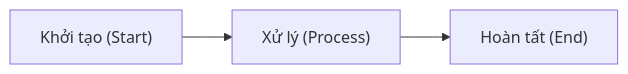
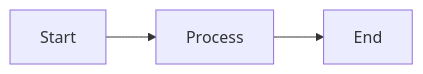
Before and after one commit to Hoang-Dang01/Master-Documentation-System: the diagram in mds-core/standards/base_template_guide.md, drawn with Mermaid. The commit also changed other lines of this file and 19 other files, not shown here.

````diff
--- a/mds-core/standards/base_template_guide.md
+++ b/mds-core/standards/base_template_guide.md
@@ -161,5 +910,5 @@
 ```mermaid
 flowchart LR
-    A["Khởi tạo (Start)"] --> B["Xử lý (Process)"]
-    B --> C["Hoàn tất (End)"]
+    A["Start"] --> B["Process"]
+    B --> C["End"]
 ```
````
